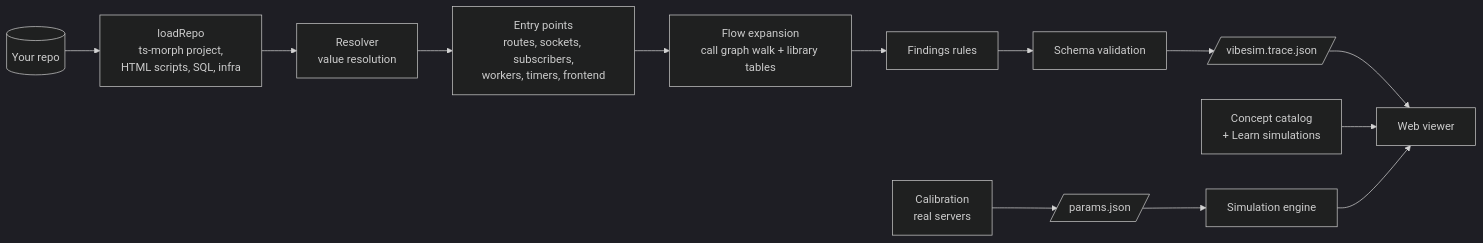
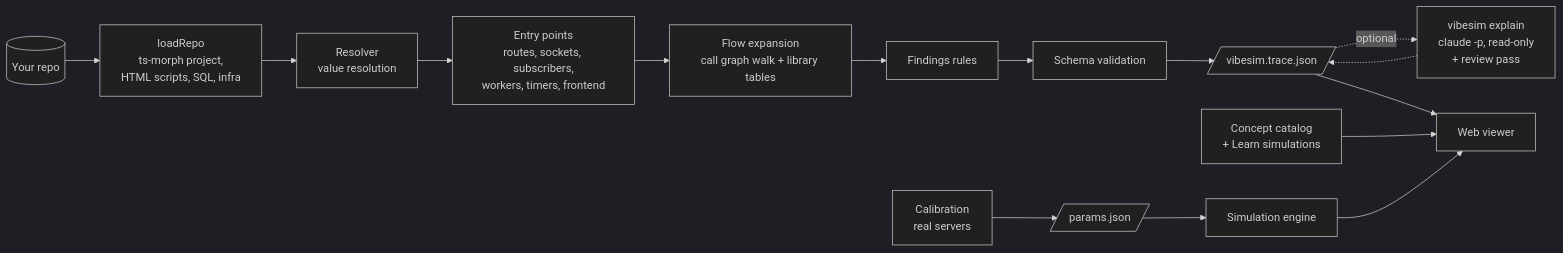
The diagram in docs/ARCHITECTURE.md (Chirag-Mukhija/VibeSimulator), drawn with Mermaid (dark theme) before and after one commit. The commit also changed other lines of this file and 57 other files, not shown here.

````diff
--- a/docs/ARCHITECTURE.md
+++ b/docs/ARCHITECTURE.md
@@ -17,14 +18,15 @@
 ```mermaid
 flowchart LR
   repo[(Your repo)] --> load[loadRepo<br/>ts-morph project,<br/>HTML scripts, SQL, infra]
   load --> resolve[Resolver<br/>value resolution]
   resolve --> entries[Entry points<br/>routes, sockets, subscribers,<br/>workers, timers, frontend]
   entries --> expand[Flow expansion<br/>call graph walk + library tables]
   expand --> findings[Findings rules]
   findings --> validate[Schema validation]
   validate --> trace[/vibesim.trace.json/]
+  trace -. optional .-> explain[vibesim explain<br/>claude -p, read-only<br/>+ review pass] -.-> trace
   trace --> web[Web viewer]
   catalog[Concept catalog<br/>+ Learn simulations] --> web
   calib[Calibration<br/>real servers] --> params[/params.json/] --> sim[Simulation engine]
   sim --> web
 ```
````
